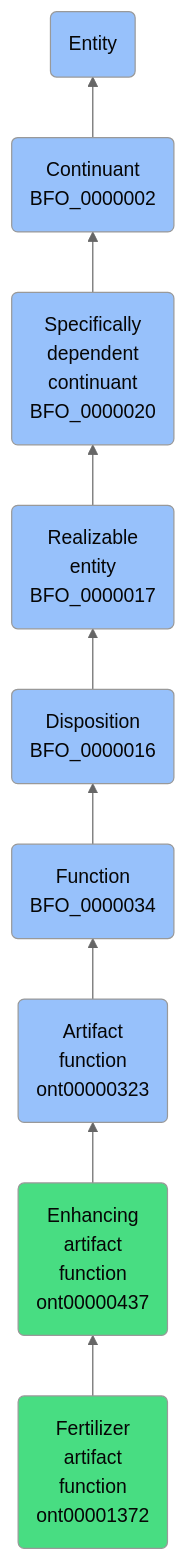
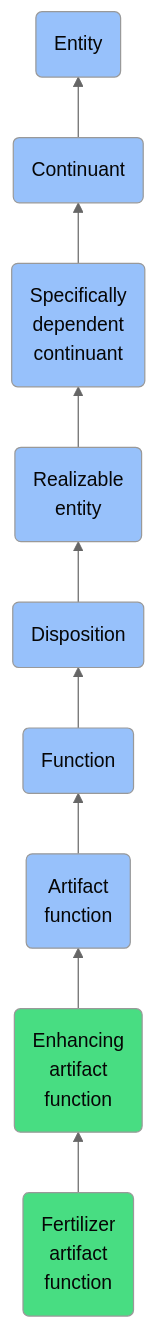
The diagram in docs/ontology/reference/model/Entity/Continuant/Specifically dependent continuant/Realizable entity/Disposition/Function/Artifact function/Enhancing artifact function/Fertilizer artifact function/Fertilizer artifact function.md (jupyter-naas/abi), drawn with Mermaid (neutral theme) before and after one commit. The commit also changed other lines of this file and 1430 other files, not shown here.

````diff
--- a/docs/ontology/reference/model/Entity/Continuant/Specifically dependent continuant/Realizable entity/Disposition/Function/Artifact function/Enhancing artifact function/Fertilizer artifact function/Fertilizer artifact function.md
+++ b/docs/ontology/reference/model/Entity/Continuant/Specifically dependent continuant/Realizable entity/Disposition/Function/Artifact function/Enhancing artifact function/Fertilizer artifact function/Fertilizer artifact function.md
@@ -24,16 +24,16 @@
 ```mermaid
 graph BT
-    ont00001372(Fertilizer<br>artifact<br>function<br>ont00001372):::ABI-->ont00000437
-    ont00000437(Enhancing<br>artifact<br>function<br>ont00000437):::ABI-->ont00000323
-    ont00000323(Artifact<br>function<br>ont00000323):::BFO-->BFO_0000034
-    BFO_0000034(Function<br>BFO_0000034):::BFO-->BFO_0000016
-    BFO_0000016(Disposition<br>BFO_0000016):::BFO-->BFO_0000017
-    BFO_0000017(Realizable<br>entity<br>BFO_0000017):::BFO-->BFO_0000020
-    BFO_0000020(Specifically<br>dependent<br>continuant<br>BFO_0000020):::BFO-->BFO_0000002
-    BFO_0000002(Continuant<br>BFO_0000002):::BFO-->BFO_0000001
+    ont00001372(Fertilizer<br>artifact<br>function):::ABI-->ont00000437
+    ont00000437(Enhancing<br>artifact<br>function):::ABI-->ont00000323
+    ont00000323(Artifact<br>function):::BFO-->BFO_0000034
+    BFO_0000034(Function):::BFO-->BFO_0000016
+    BFO_0000016(Disposition):::BFO-->BFO_0000017
+    BFO_0000017(Realizable<br>entity):::BFO-->BFO_0000020
+    BFO_0000020(Specifically<br>dependent<br>continuant):::BFO-->BFO_0000002
+    BFO_0000002(Continuant):::BFO-->BFO_0000001
     BFO_0000001(Entity):::BFO
     
     classDef BFO fill:#97c1fb,color:#060606
     classDef CCO fill:#e4c51e,color:#060606
     classDef ABI fill:#48DD82,color:#060606
 ```
````
